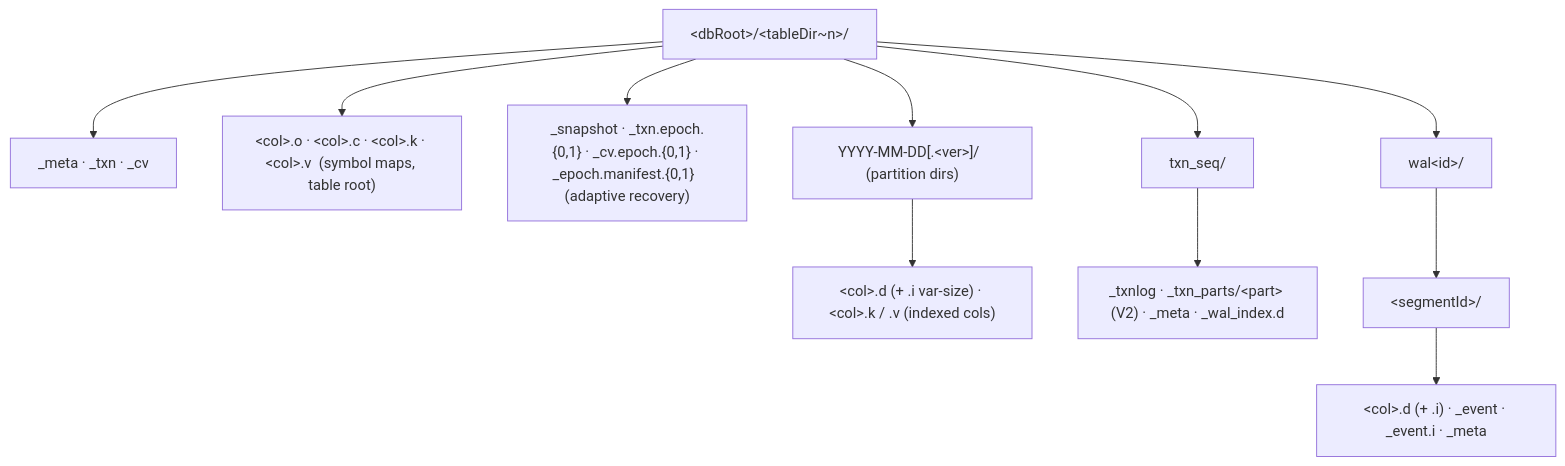
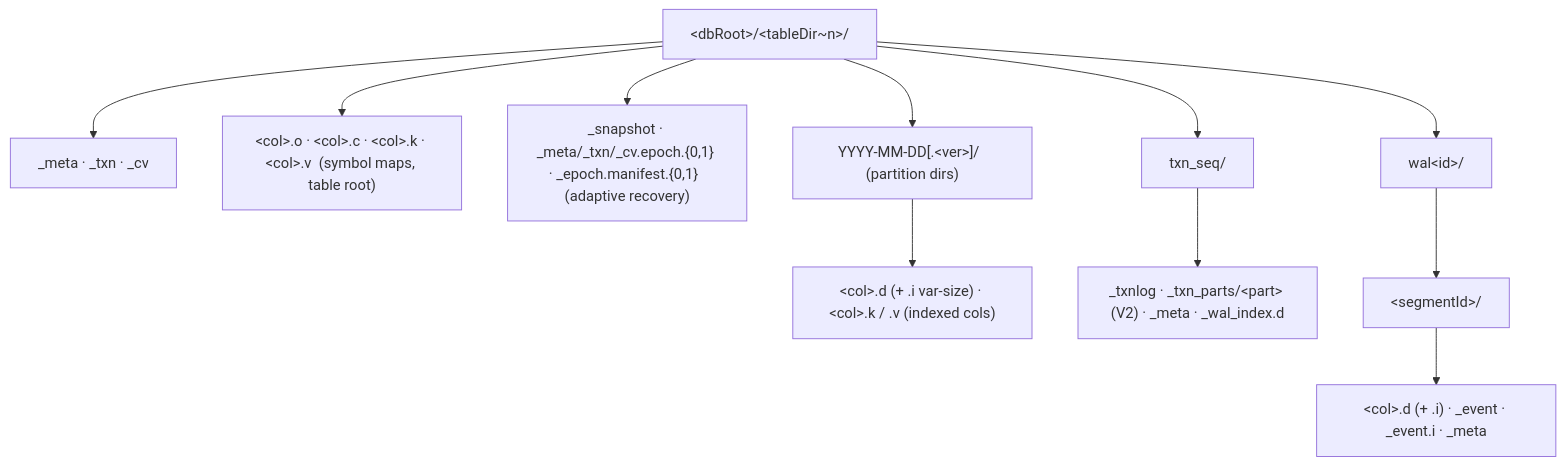
Before and after one commit to questdb/questdb: the second of 4 diagrams in docs/adaptive-commit-internals.md, drawn with Mermaid. The commit also changed other lines of this file and 10 other files, not shown here.

Commit message:
fix(core): recover adaptive epochs across schema changes

````diff
--- a/docs/adaptive-commit-internals.md
+++ b/docs/adaptive-commit-internals.md
@@ -179,17 +179,17 @@
 ```mermaid
 flowchart TD
     ROOT["&lt;dbRoot&gt;/&lt;tableDir~n&gt;/"]
 
     ROOT --> TBLF["_meta · _txn · _cv"]
     ROOT --> SYMF["&lt;col&gt;.o · &lt;col&gt;.c · &lt;col&gt;.k · &lt;col&gt;.v  (symbol maps, table root)"]
-    ROOT --> EPO["_snapshot · _txn.epoch.{0,1} · _cv.epoch.{0,1} · _epoch.manifest.{0,1}  (adaptive recovery)"]
+    ROOT --> EPO["_snapshot · _meta/_txn/_cv.epoch.{0,1} · _epoch.manifest.{0,1}  (adaptive recovery)"]
     ROOT --> PART["YYYY-MM-DD[.&lt;ver&gt;]/  (partition dirs)"]
     PART --> PCOL["&lt;col&gt;.d (+ .i var-size) · &lt;col&gt;.k / .v (indexed cols)"]
 
     ROOT --> SEQD["txn_seq/"]
     SEQD --> SEQF["_txnlog · _txn_parts/&lt;part&gt; (V2) · _meta · _wal_index.d"]
 
     ROOT --> WALD["wal&lt;id&gt;/"]
     WALD --> SEGD["&lt;segmentId&gt;/"]
     SEGD --> SEGF["&lt;col&gt;.d (+ .i) · _event · _event.i · _meta"]
 ```
````
